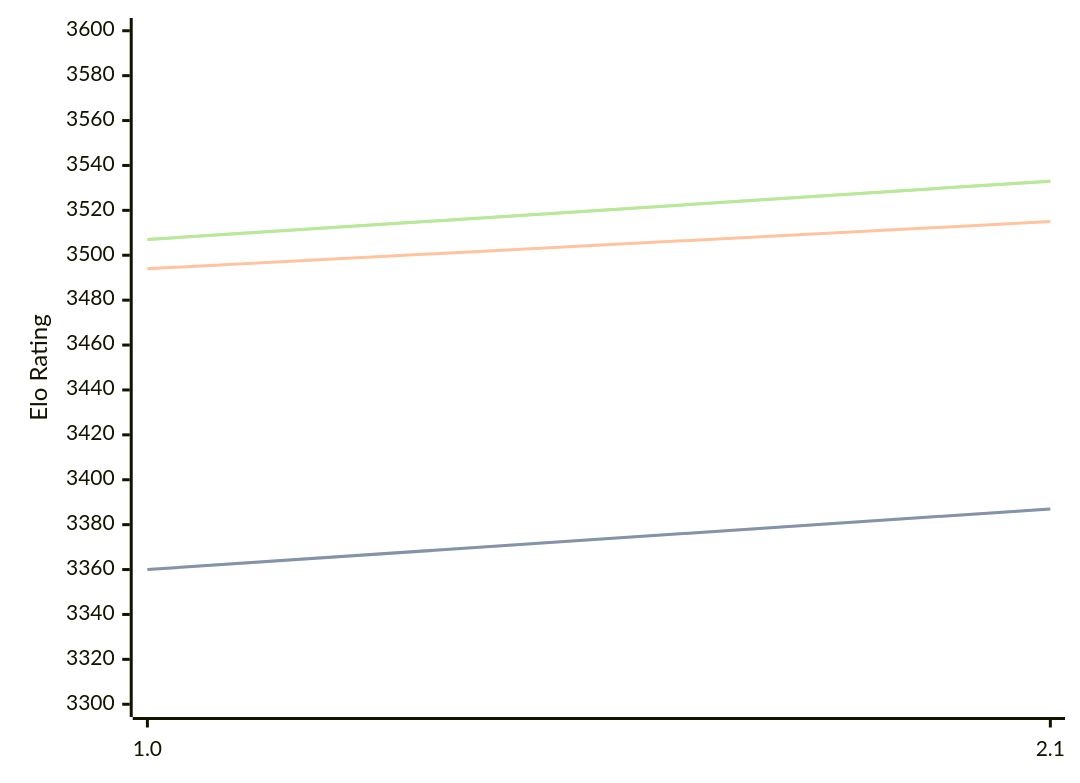
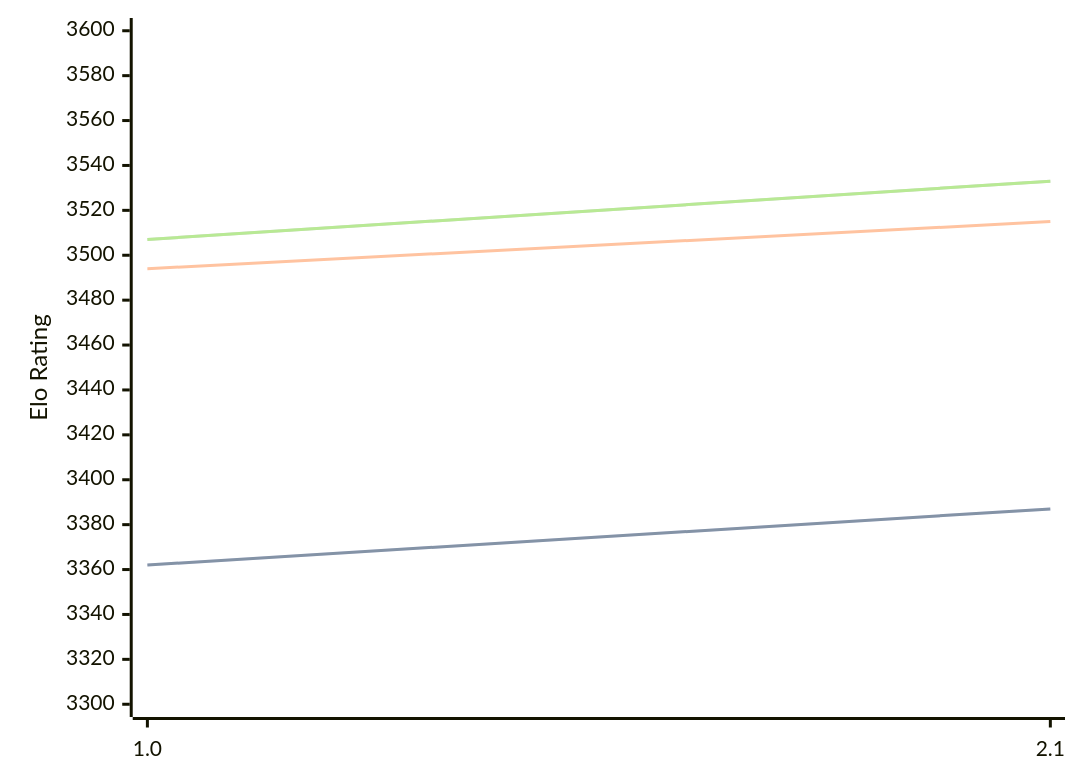
The first of 3 diagrams in engines/Hobbes.md (computer-chess-index/cci), drawn with Mermaid before and after one commit. The commit also changed other lines of this file, not shown here.

````diff
--- a/engines/Hobbes.md
+++ b/engines/Hobbes.md
@@ -33,11 +33,11 @@
 ```mermaid
 %%{init: {"theme":"base","themeVariables":{"seriesColors:['#a3a3a3','#222221','#faa371']}}}%%
 xychart-beta
   x-axis ["1.0", "2.1"]
   y-axis "Elo Rating" 3300 --> 3600
-  line "STC (8.0+0.08s)" [3360, 3387]
-  line "STC (8.0+0.08s)" [3360, 3387]
+  line "STC (8.0+0.08s)" [3362, 3387]
+  line "STC (8.0+0.08s)" [3362, 3387]
   line "LTC (60.0+0.60s)" [3494, 3515]
   line "VLTC (2m24s+1.12s)" [3507, 3533]
   line "VLTC (2m24s+1.12s)" [3507, 3533]
 ```
````
